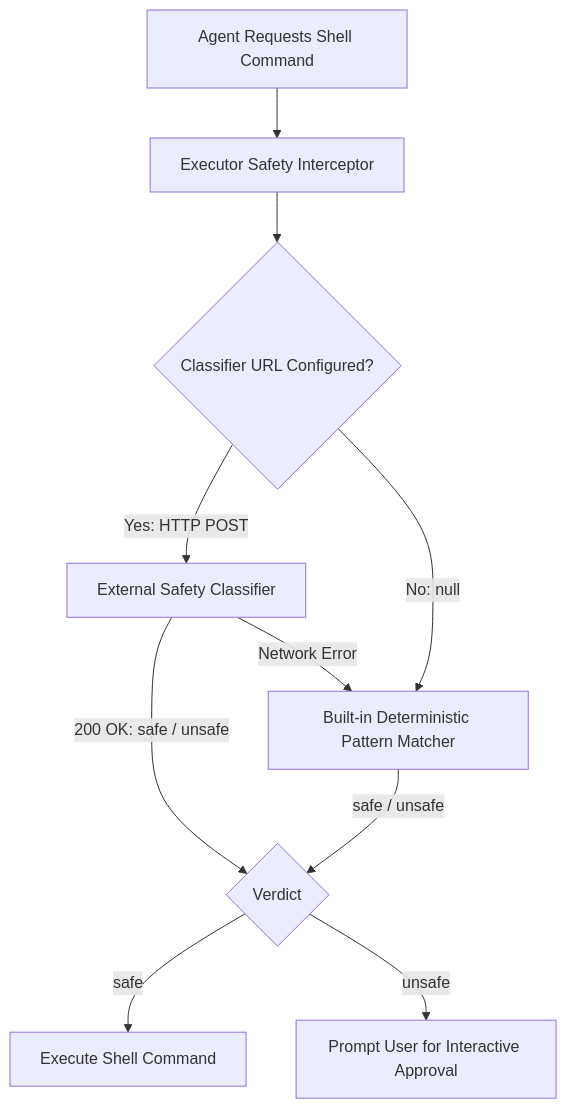
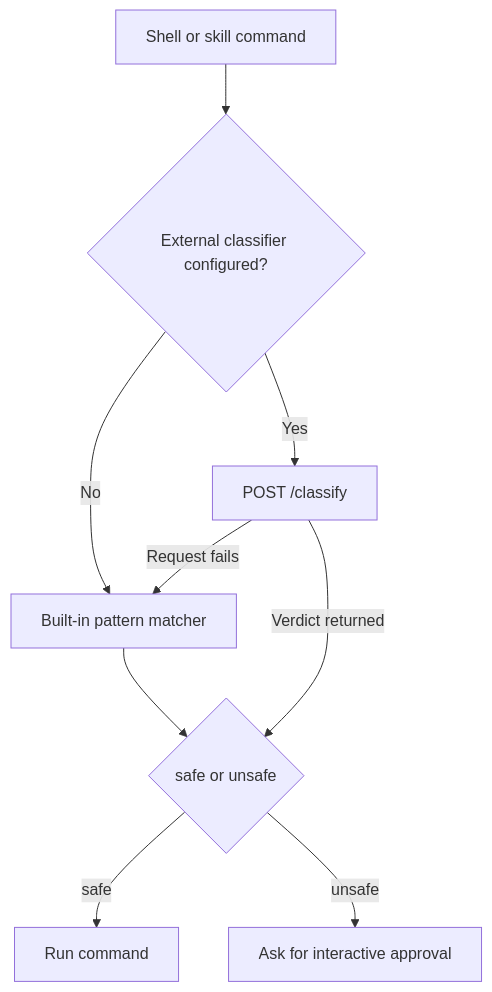
One commit to ozgurulukir/zay changed the diagram in docs/wiki/SAFETY_CLASSIFIER.md. Above: the diagram before and after it, drawn with Mermaid. The commit also changed other lines of this file and 10 other files, not shown here.

````diff
--- a/docs/wiki/SAFETY_CLASSIFIER.md
+++ b/docs/wiki/SAFETY_CLASSIFIER.md
@@ -9,15 +12,11 @@
 ```mermaid
 flowchart TD
-    A[Agent Requests Shell Command] --> B[Executor Safety Interceptor]
-    B --> C{Classifier URL Configured?}
-    
-    C -->|Yes: HTTP POST| D[External Safety Classifier]
-    D -->|200 OK: safe / unsafe| E{Verdict}
-    D -->|Network Error| F[Built-in Deterministic Pattern Matcher]
-    
-    C -->|No: null| F
-    F -->|safe / unsafe| E
-    
-    E -->|safe| G[Execute Shell Command]
-    E -->|unsafe| H[Prompt User for Interactive Approval]
+    A[Shell or skill command] --> B{External classifier configured?}
+    B -->|No| C[Built-in pattern matcher]
+    B -->|Yes| D[POST /classify]
+    D -->|Request fails| C
+    D -->|Verdict returned| E{safe or unsafe}
+    C --> E
+    E -->|safe| F[Run command]
+    E -->|unsafe| G[Ask for interactive approval]
 ```
````
